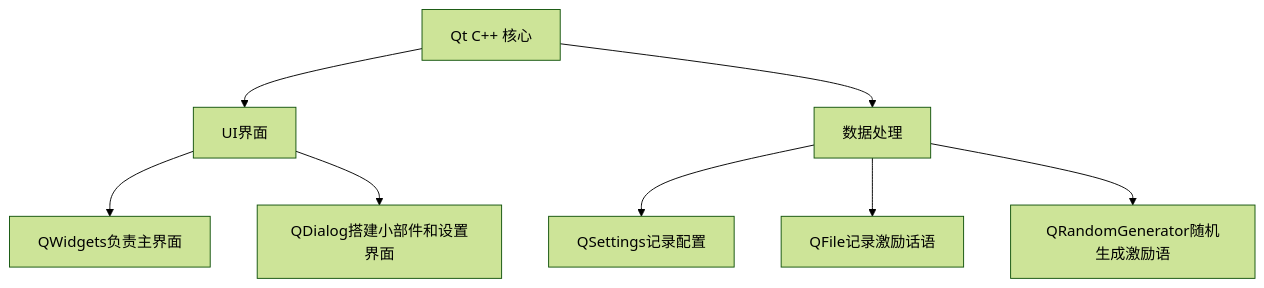
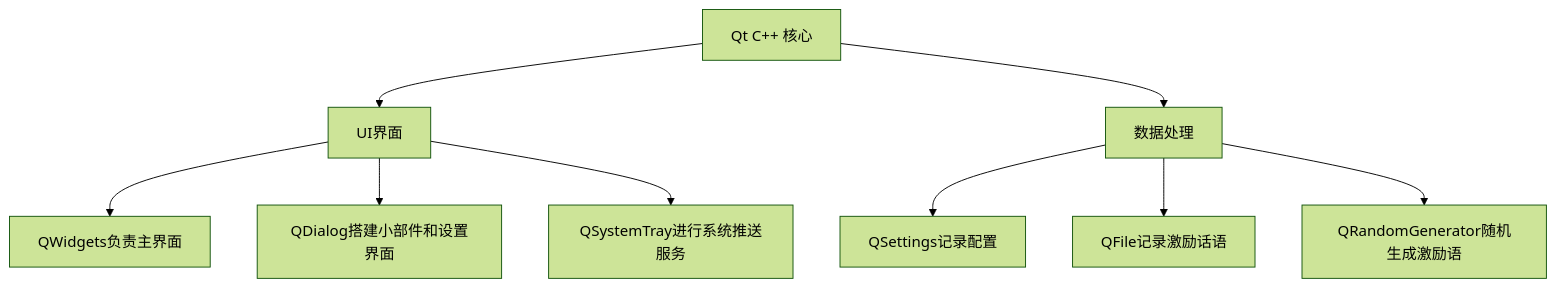
Before and after one commit to BuBaiMengJ4/BattleForFuture: the diagram in README.md, drawn with Mermaid (forest theme). The commit also changed other lines of this file, not shown here.

````diff
--- a/README.md
+++ b/README.md
@@ -24,11 +47,12 @@
 ```mermaid
 graph TD
     A[Qt C++ 核心] --> B[UI界面]
     A --> C[数据处理]
     
     B --> E[QWidgets负责主界面]
     B --> F[QDialog搭建小部件和设置界面]
+    B --> J[QSystemTray进行系统推送服务]
     C --> G[QSettings记录配置]
     C --> H[QFile记录激励话语]
     C --> I[QRandomGenerator随机生成激励语]
 ```
````
